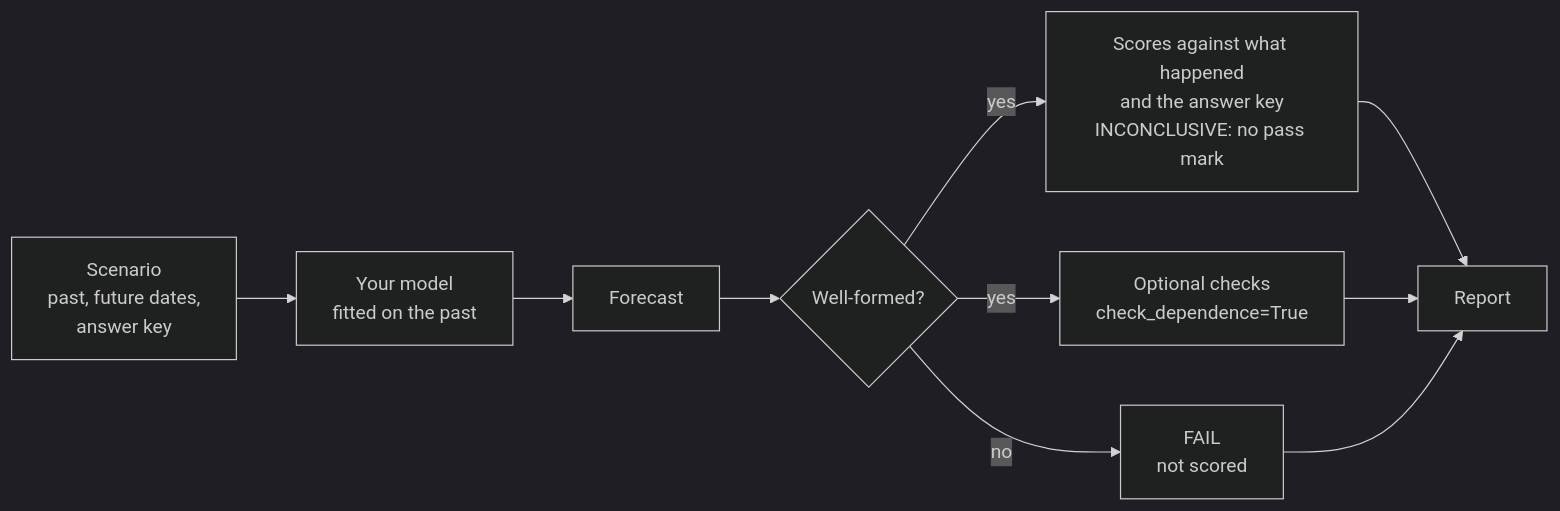
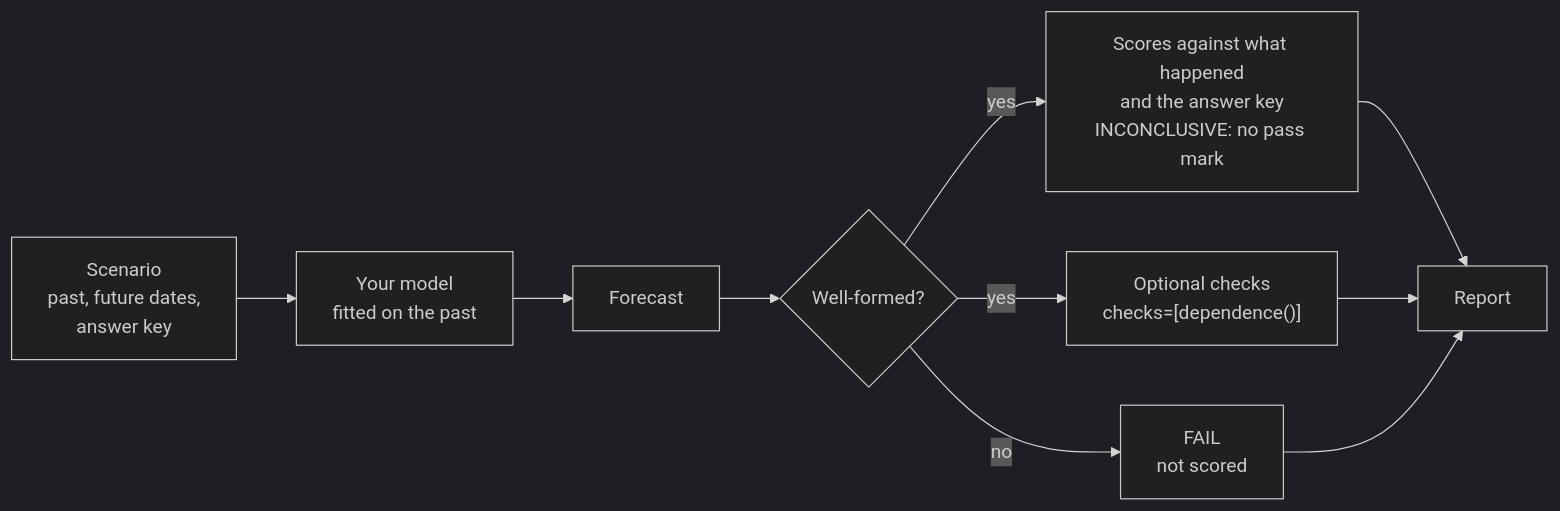
One commit to diogoseca/timegym changed the diagram in docs/concepts/how-timegym-decides.md. Above: the diagram before and after it, drawn with Mermaid (dark theme). The commit also changed other lines of this file and 28 other files, not shown here.

First line of the commit message:
Ask for the dependence check with checks=[dependence()]

````diff
--- a/docs/concepts/how-timegym-decides.md
+++ b/docs/concepts/how-timegym-decides.md
@@ -43,12 +43,12 @@
 ```mermaid
 flowchart LR
     S["Scenario<br/>past, future dates,<br/>answer key"] --> M["Your model<br/>fitted on the past"]
     M --> F["Forecast"]
     F --> C{"Well-formed?"}
     C -- no --> X["FAIL<br/>not scored"]
     C -- yes --> R["Scores against what happened<br/>and the answer key<br/>INCONCLUSIVE: no pass mark"]
-    C -- yes --> D["Optional checks<br/>check_dependence=True"]
+    C -- yes --> D["Optional checks<br/>checks=[dependence()]"]
     R --> T["Report"]
     D --> T
     X --> T
 ```
````
